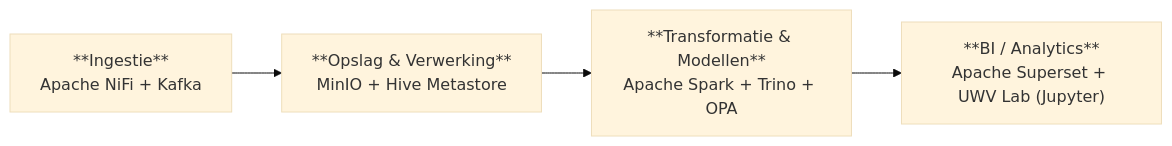
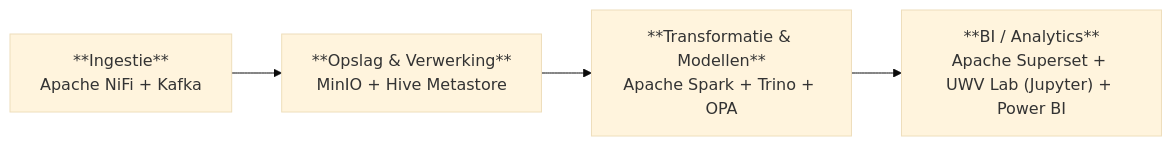
One commit to fresh-minds/FreshStackableDataPlatform changed the diagram in docs/architectuur/index.md. Above: the diagram before and after it, drawn with Mermaid (base theme). The commit also changed other lines of this file and 10 other files, not shown here.

````diff
--- a/docs/architectuur/index.md
+++ b/docs/architectuur/index.md
@@ -19,10 +19,10 @@
 ```mermaid
 flowchart LR
     ingestion["**Ingestie**<br/>Apache NiFi + Kafka"]
     storage["**Opslag & Verwerking**<br/>MinIO + Hive Metastore"]
     transformation["**Transformatie & Modellen**<br/>Apache Spark + Trino + OPA"]
-    consumption["**BI / Analytics**<br/>Apache Superset + UWV Lab (Jupyter)"]
+    consumption["**BI / Analytics**<br/>Apache Superset + UWV Lab (Jupyter) + Power BI"]
     ingestion --> storage
     storage --> transformation
     transformation --> consumption
 ```
````
